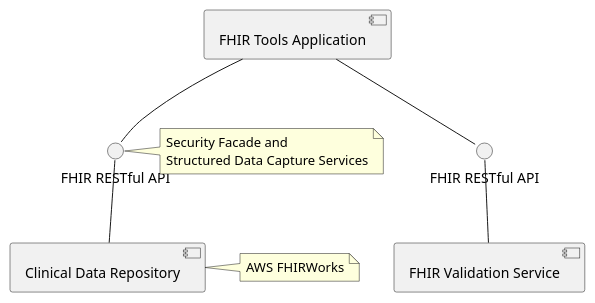
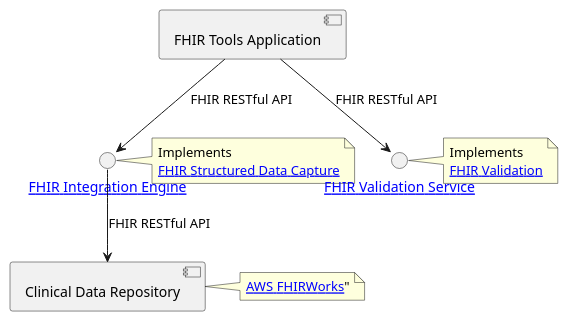
Before and after one commit to NHSDigital/fhir-validation: the diagram in input/images-source/component-frontend.plantuml, drawn with PlantUML. The commit also changed 2 other files, not shown here.

```diff
--- a/input/images-source/component-frontend.plantuml
+++ b/input/images-source/component-frontend.plantuml
@@ -1,27 +1,30 @@
 @startuml
 
 
 component "FHIR Tools Application" as tool
 
-interface  "FHIR RESTful API" as iAWSFHIRWorks
+interface  "[[https://github.com/NHSDigital/IOPS-FHIR-Integration-Engine FHIR Integration Engine]]" as iAWSFHIRWorks
 note right
-Security Facade and
-Structured Data Capture Services
+Implements
+[[https://build.fhir.org/ig/HL7/sdc/ FHIR Structured Data Capture]]
 end note
 
 component "Clinical Data Repository" as AWSFHIRWorks
 note right
-AWS FHIRWorks
+[[https://github.com/aws-solutions/fhir-works-on-aws AWS FHIRWorks]]"
 end note
 
-interface "FHIR RESTful API" as iValidate
-component "FHIR Validation Service" as validate
+interface "[[#validation-serivce FHIR Validation Service]]" as iValidate
+note right
+Implements
+[[https://hl7.org/fhir/R4/validation.html FHIR Validation]]
+end note
 
-tool -- iAWSFHIRWorks
-tool -- iValidate
 
-iAWSFHIRWorks -- AWSFHIRWorks
-iValidate -- validate
+tool --> iAWSFHIRWorks : FHIR RESTful API
+tool --> iValidate : FHIR RESTful API
+
+iAWSFHIRWorks --> AWSFHIRWorks : FHIR RESTful API
 
 
 @enduml
```
